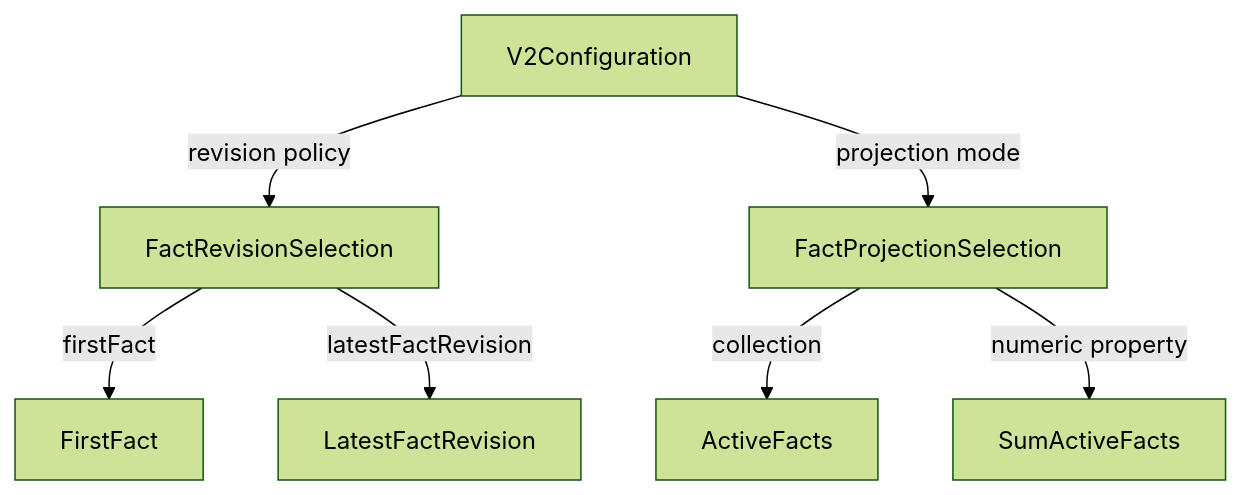
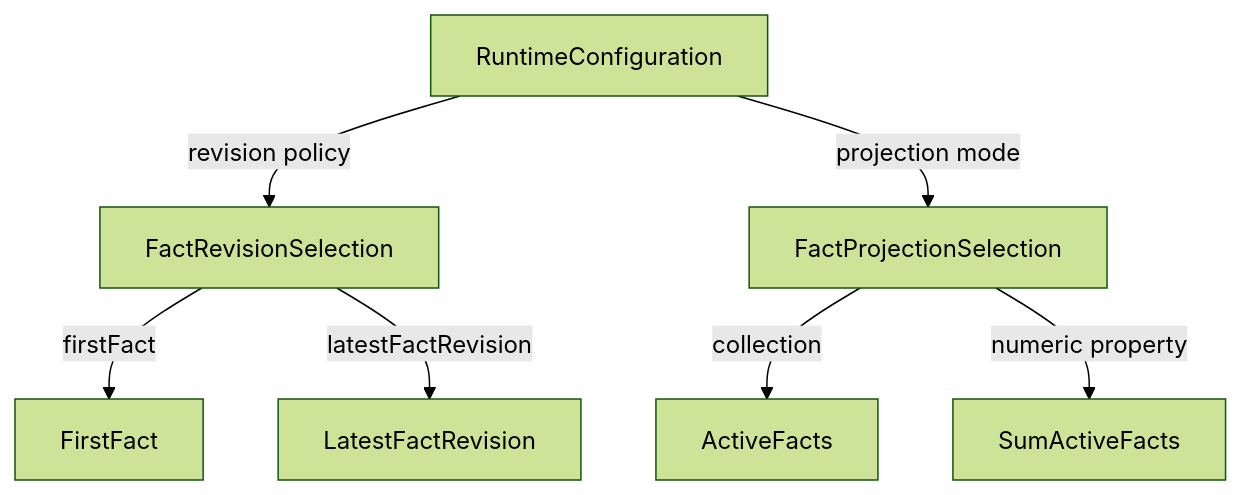
One commit to sproates/zooglass changed the first of 2 diagrams in docs/design/fact-revisions.md. Above: the diagram before and after it, drawn with Mermaid (forest theme). The commit also changed other lines of this file and 451 other files, not shown here.

````diff
--- a/docs/design/fact-revisions.md
+++ b/docs/design/fact-revisions.md
@@ -253,9 +253,9 @@
 ```mermaid
 flowchart TB
-  config["V2Configuration"] -->|revision policy| revision["FactRevisionSelection"]
+  config["RuntimeConfiguration"] -->|revision policy| revision["FactRevisionSelection"]
   revision -->|firstFact| first["FirstFact"]
   revision -->|latestFactRevision| latest["LatestFactRevision"]
   config -->|projection mode| projection["FactProjectionSelection"]
   projection -->|collection| active["ActiveFacts"]
   projection -->|numeric property| sum["SumActiveFacts"]
 ```
````
